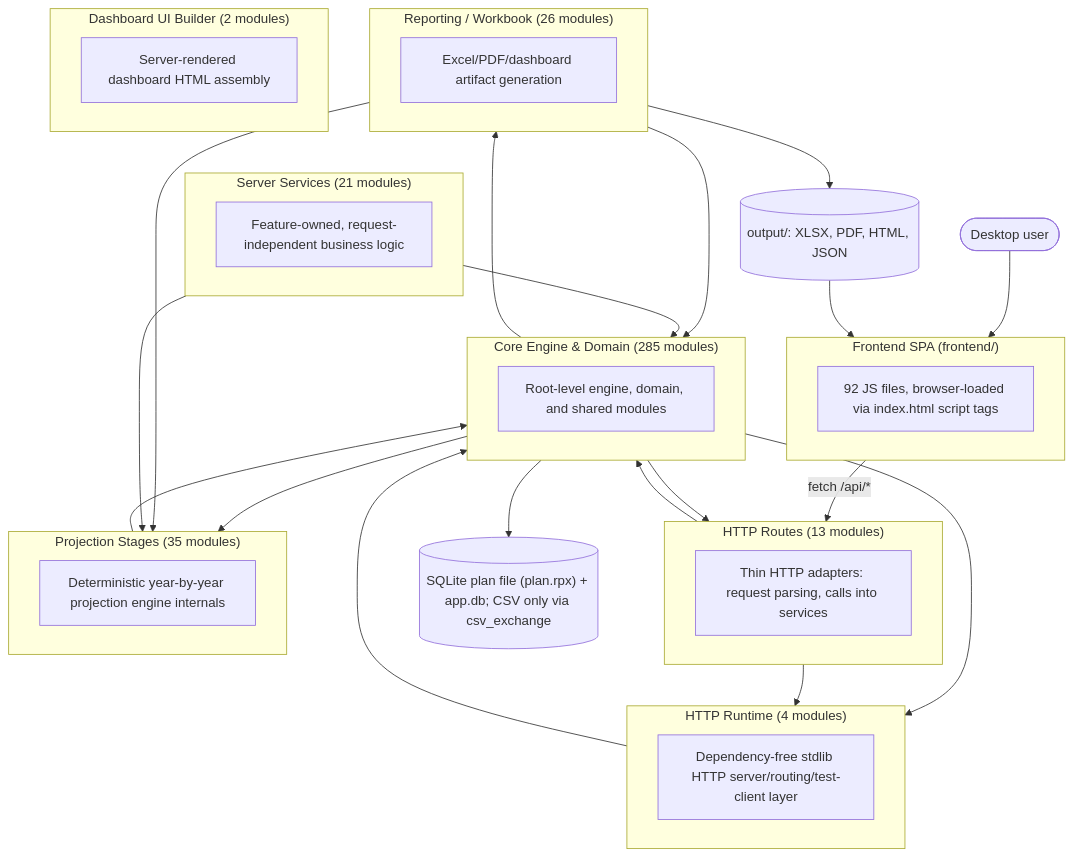
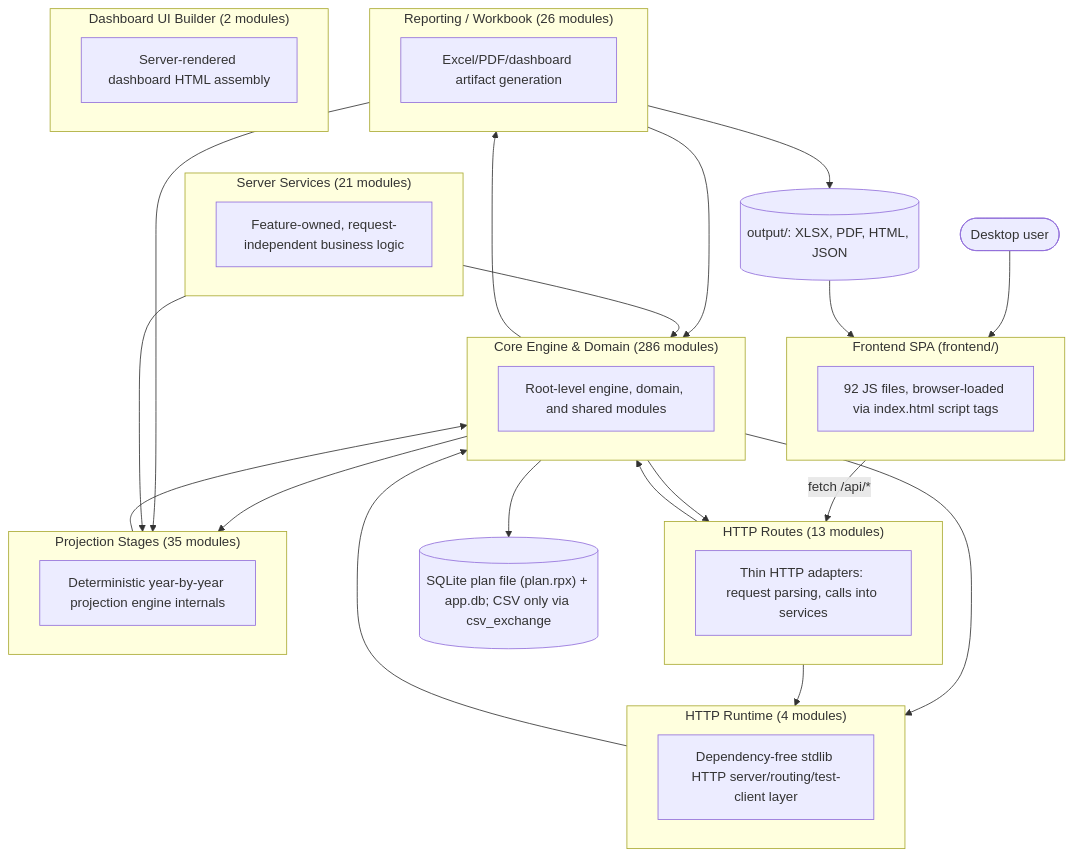
The first of 2 diagrams in documentation/reference/SYSTEM_ARCHITECTURE_DIAGRAM.md (matthartzman/retirement_system), drawn with Mermaid before and after one commit. The commit also changed other lines of this file and 16 other files, not shown here.

````diff
--- a/documentation/reference/SYSTEM_ARCHITECTURE_DIAGRAM.md
+++ b/documentation/reference/SYSTEM_ARCHITECTURE_DIAGRAM.md
@@ -11,44 +11,44 @@
 ```mermaid
 flowchart TB
     User(["Desktop user"]) --> FE
     subgraph FE["Frontend SPA (frontend/)"]
         FEcount["92 JS files, browser-loaded via index.html script tags"]
     end
     FE -->|fetch /api/*| L_HTTP_Routes
     subgraph L_HTTP_Routes["HTTP Routes (13 modules)"]
         L_HTTP_Routes_d["Thin HTTP adapters: request parsing, calls into services"]
     end
     subgraph L_Server_Services["Server Services (21 modules)"]
         L_Server_Services_d["Feature-owned, request-independent business logic"]
     end
     subgraph L_HTTP_Runtime["HTTP Runtime (4 modules)"]
         L_HTTP_Runtime_d["Dependency-free stdlib HTTP server/routing/test-client layer"]
     end
-    subgraph L_Core_Engine___Domain["Core Engine & Domain (285 modules)"]
+    subgraph L_Core_Engine___Domain["Core Engine & Domain (286 modules)"]
         L_Core_Engine___Domain_d["Root-level engine, domain, and shared modules"]
     end
     subgraph L_Projection_Stages["Projection Stages (35 modules)"]
         L_Projection_Stages_d["Deterministic year-by-year projection engine internals"]
     end
     subgraph L_Reporting___Workbook["Reporting / Workbook (26 modules)"]
         L_Reporting___Workbook_d["Excel/PDF/dashboard artifact generation"]
     end
     subgraph L_Dashboard_UI_Builder["Dashboard UI Builder (2 modules)"]
         L_Dashboard_UI_Builder_d["Server-rendered dashboard HTML assembly"]
     end
     L_Core_Engine___Domain --> L_HTTP_Routes
     L_Core_Engine___Domain --> L_HTTP_Runtime
     L_Core_Engine___Domain --> L_Projection_Stages
     L_Core_Engine___Domain --> L_Reporting___Workbook
     L_HTTP_Routes --> L_Core_Engine___Domain
     L_HTTP_Routes --> L_HTTP_Runtime
     L_HTTP_Runtime --> L_Core_Engine___Domain
     L_Projection_Stages --> L_Core_Engine___Domain
     L_Reporting___Workbook --> L_Core_Engine___Domain
     L_Reporting___Workbook --> L_Projection_Stages
     L_Server_Services --> L_Core_Engine___Domain
     L_Server_Services --> L_Projection_Stages
     L_Core_Engine___Domain --> DB[("SQLite plan file (plan.rpx) + app.db; CSV only via csv_exchange")]
     L_Reporting___Workbook --> Outputs[("output/: XLSX, PDF, HTML, JSON")]
     Outputs --> FE
 ```
````
